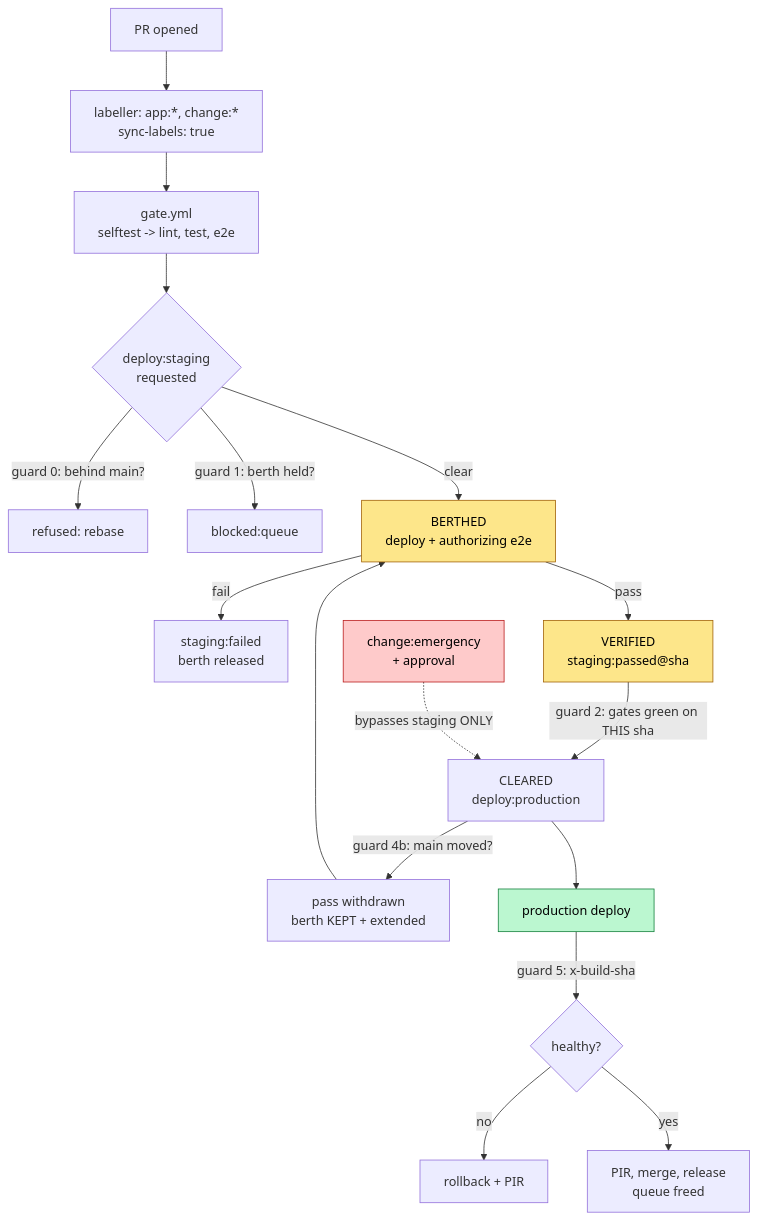
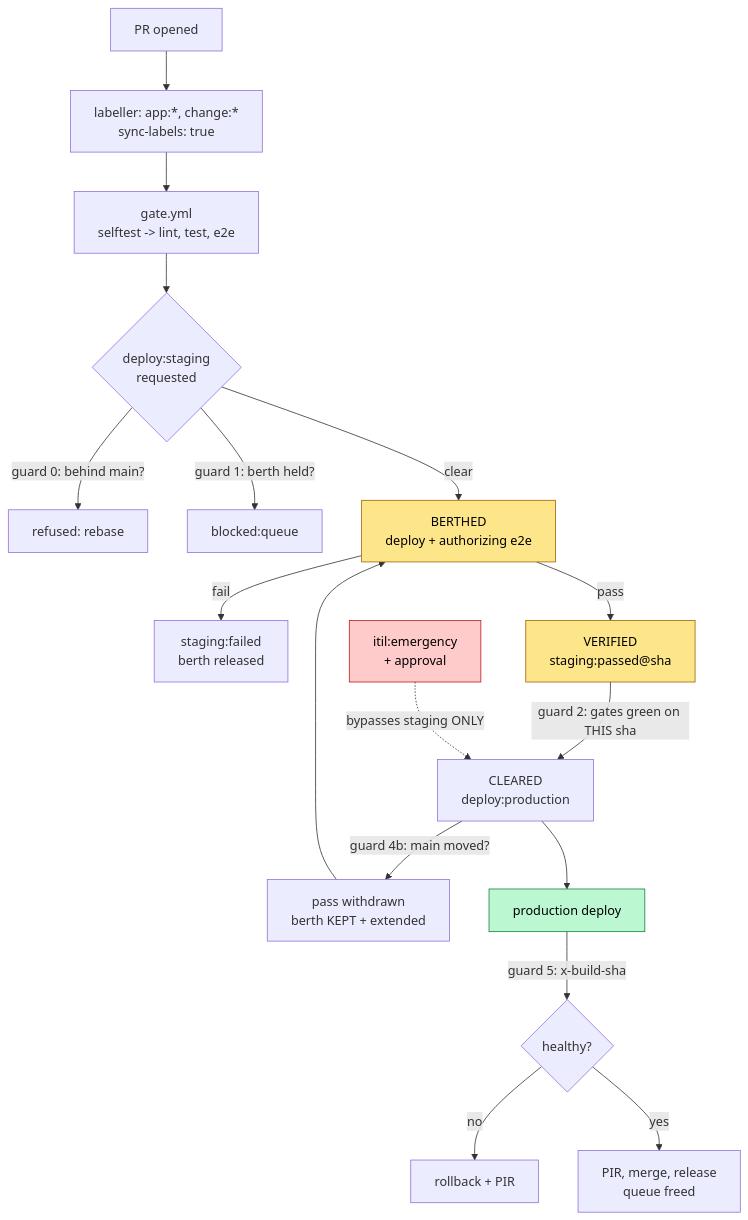
One commit to aygp-dr/standard-change changed the first of 2 diagrams in WALKTHROUGH.org. Above: the diagram before and after it, drawn with Mermaid. The commit also changed other lines of this file and 16 other files, not shown here.

```diff
--- a/WALKTHROUGH.org
+++ b/WALKTHROUGH.org
@@ -63,24 +63,24 @@
 #+begin_src mermaid :eval never-export
 flowchart TB
     PR["PR opened"] --> L["labeller: app:*, change:*<br/>sync-labels: true"]
     L --> G["gate.yml<br/>selftest -> lint, test, e2e"]
     G --> C{"deploy:staging<br/>requested"}
     C -->|"guard 0: behind main?"| R1["refused: rebase"]
     C -->|"guard 1: berth held?"| R2["blocked:queue"]
     C -->|"clear"| B["BERTHED<br/>deploy + authorizing e2e"]
     B -->|"fail"| R3["staging:failed<br/>berth released"]
     B -->|"pass"| V["VERIFIED<br/>staging:passed@sha"]
     V -->|"guard 2: gates green on THIS sha"| P["CLEARED<br/>deploy:production"]
-    E["change:emergency<br/>+ approval"] -.->|"bypasses staging ONLY"| P
+    E["itil:emergency<br/>+ approval"] -.->|"bypasses staging ONLY"| P
     P -->|"guard 4b: main moved?"| W["pass withdrawn<br/>berth KEPT + extended"]
     P --> D["production deploy"]
     D -->|"guard 5: x-build-sha"| H{"healthy?"}
     H -->|"no"| RB["rollback + PIR"]
     H -->|"yes"| M["PIR, merge, release<br/>queue freed"]
     W --> B
 
     style B fill:#fde68a,stroke:#a16207,color:#000
     style V fill:#fde68a,stroke:#a16207,color:#000
     style D fill:#bbf7d0,stroke:#15803d,color:#000
     style E fill:#fecaca,stroke:#b91c1c,color:#000
 #+end_src
```
